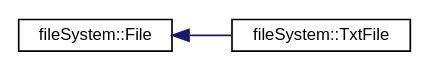
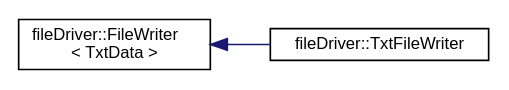
Before and after one commit to aka1ha2n3e/project00: the diagram in document/ドキュメント/inherit_graph_20.dot, drawn with Graphviz. The commit also changed 278 other files, not shown here.

```diff
--- a/document/ドキュメント/inherit_graph_20.dot
+++ b/document/ドキュメント/inherit_graph_20.dot
@@ -1,10 +1,10 @@
 digraph "Graphical Class Hierarchy"
 {
  // LATEX_PDF_SIZE
   edge [fontname="Helvetica",fontsize="10",labelfontname="Helvetica",labelfontsize="10"];
   node [fontname="Helvetica",fontsize="10",shape=record];
   rankdir="LR";
-  Node0 [label="fileSystem::File",height=0.2,width=0.4,color="black", fillcolor="white", style="filled",URL="$classfileSystem_1_1File.html",tooltip=" "];
+  Node0 [label="fileDriver::FileWriter\l\< TxtData \>",height=0.2,width=0.4,color="black", fillcolor="white", style="filled",URL="$classfileDriver_1_1FileWriter.html",tooltip=" "];
   Node0 -> Node1 [dir="back",color="midnightblue",fontsize="10",style="solid",fontname="Helvetica"];
-  Node1 [label="fileSystem::TxtFile",height=0.2,width=0.4,color="black", fillcolor="white", style="filled",URL="$classfileSystem_1_1TxtFile.html",tooltip=" "];
+  Node1 [label="fileDriver::TxtFileWriter",height=0.2,width=0.4,color="black", fillcolor="white", style="filled",URL="$classfileDriver_1_1TxtFileWriter.html",tooltip="テキストファイル書き込みクラス"];
 }
```
